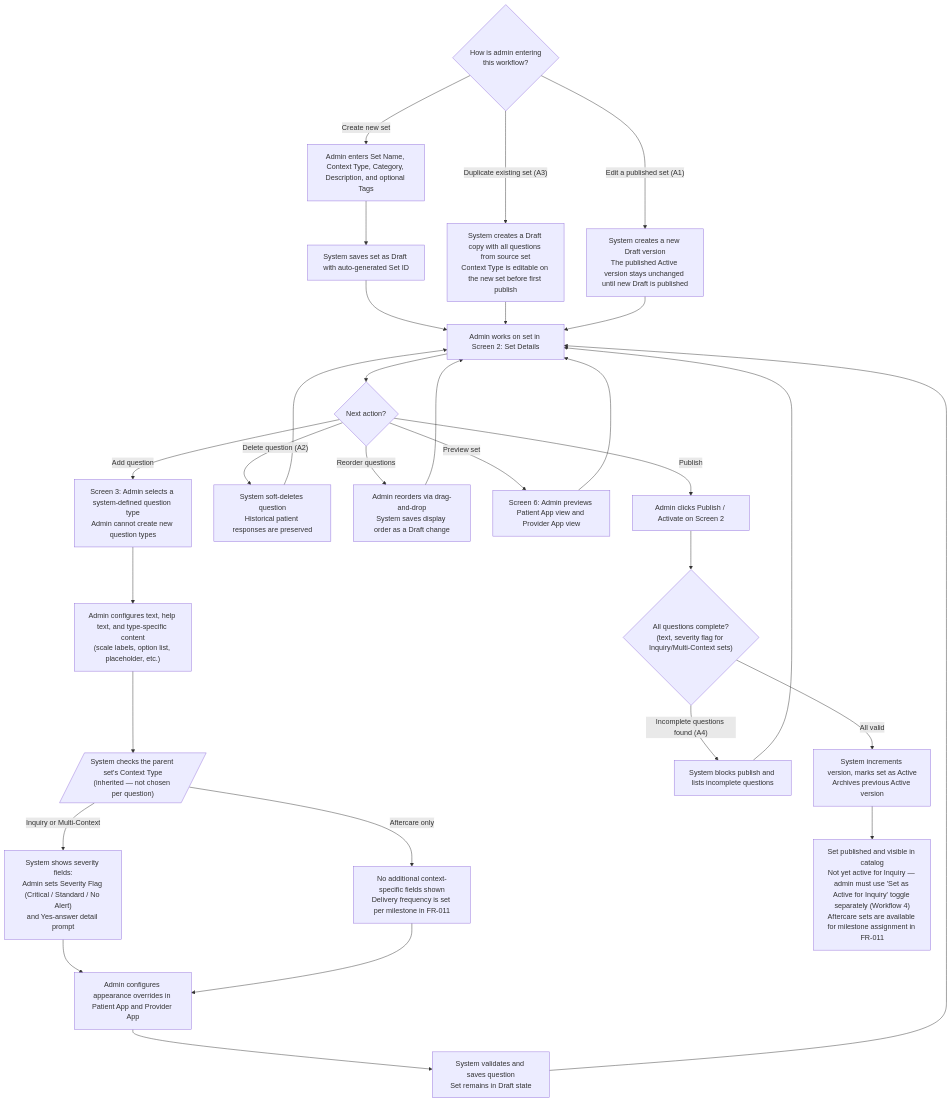
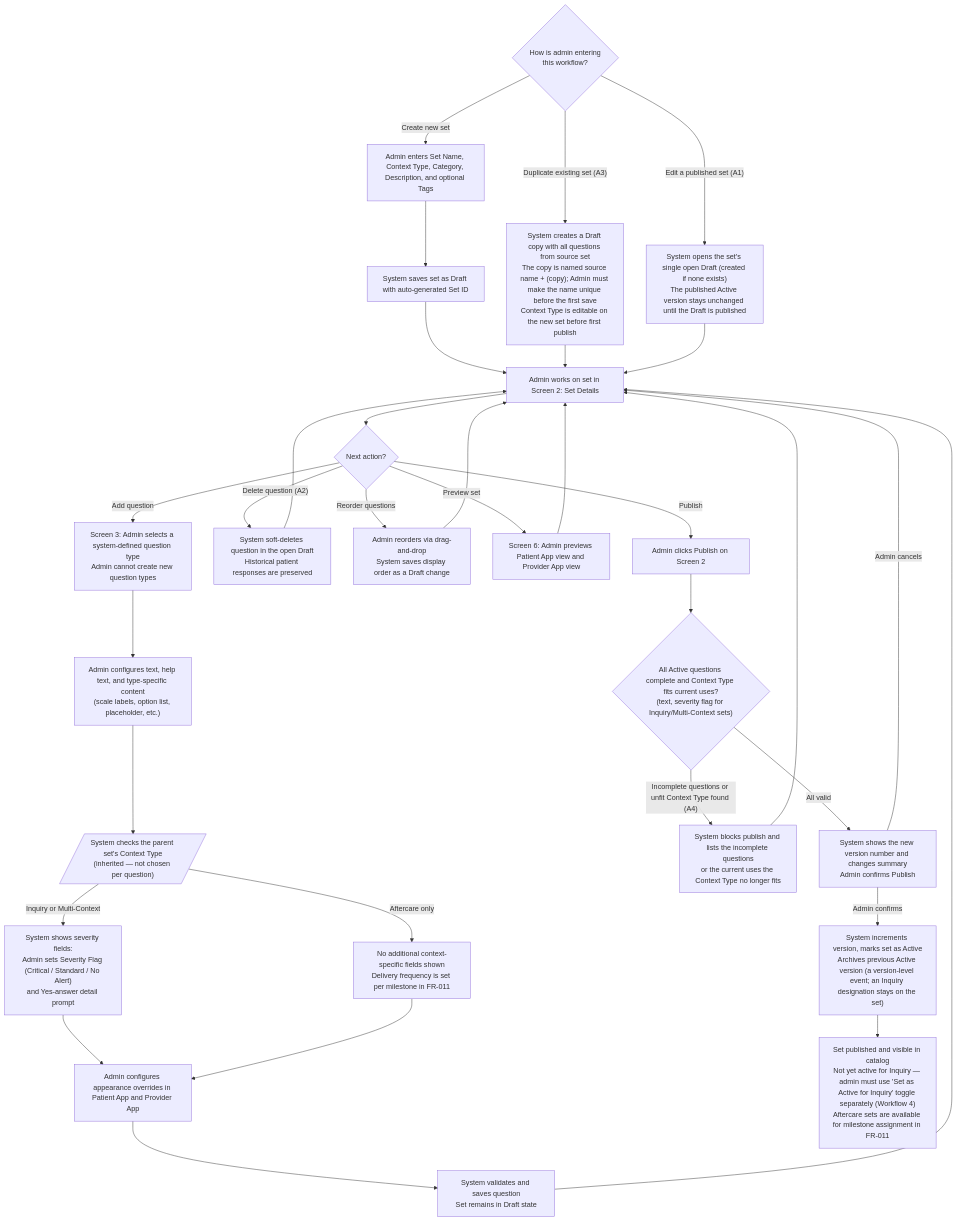
One commit to joachimtrungtuan/hairline-pm-docs changed the first of 4 diagrams in project-requirements/functional-requirements/fr025-medical-questionnaire-management/prd.md. Above: the diagram before and after it, drawn with Mermaid. The commit also changed other lines of this file and 5 other files, not shown here.

Commit message:
docs(fr025): apply logic review pass 1 fixes to PRD and graph

````diff
--- a/project-requirements/functional-requirements/fr025-medical-questionnaire-management/prd.md
+++ b/project-requirements/functional-requirements/fr025-medical-questionnaire-management/prd.md
@@ -59,43 +59,45 @@
 ```mermaid
 flowchart TD
     ENTRY{"How is admin entering\nthis workflow?"}
 
     ENTRY -->|"Create new set"| CN["Admin enters Set Name, Context Type, Category, Description, and optional Tags"]
-    ENTRY -->|"Duplicate existing set (A3)"| DUP["System creates a Draft copy with all questions from source set\nContext Type is editable on the new set before first publish"]
-    ENTRY -->|"Edit a published set (A1)"| EDT["System creates a new Draft version\nThe published Active version stays unchanged until new Draft is published"]
+    ENTRY -->|"Duplicate existing set (A3)"| DUP["System creates a Draft copy with all questions from source set\nThe copy is named source name + (copy); Admin must make the name unique before the first save\nContext Type is editable on the new set before first publish"]
+    ENTRY -->|"Edit a published set (A1)"| EDT["System opens the set's single open Draft (created if none exists)\nThe published Active version stays unchanged until the Draft is published"]
 
     CN --> DRAFT["System saves set as Draft with auto-generated Set ID"]
     DRAFT --> LOOP
     DUP --> LOOP
     EDT --> LOOP
 
     LOOP["Admin works on set in Screen 2: Set Details"]
     LOOP --> ACT{"Next action?"}
 
     ACT -->|"Add question"| QT["Screen 3: Admin selects a system-defined question type\nAdmin cannot create new question types"]
-    ACT -->|"Delete question (A2)"| DEL["System soft-deletes question\nHistorical patient responses are preserved"]
+    ACT -->|"Delete question (A2)"| DEL["System soft-deletes question in the open Draft\nHistorical patient responses are preserved"]
     ACT -->|"Reorder questions"| ORG["Admin reorders via drag-and-drop\nSystem saves display order as a Draft change"]
     ACT -->|"Preview set"| PRV["Screen 6: Admin previews Patient App view and Provider App view"]
-    ACT -->|"Publish"| PUB["Admin clicks Publish / Activate on Screen 2"]
+    ACT -->|"Publish"| PUB["Admin clicks Publish on Screen 2"]
 
     DEL --> LOOP
     ORG --> LOOP
     PRV --> LOOP
 
     QT --> QC["Admin configures text, help text, and type-specific content\n(scale labels, option list, placeholder, etc.)"]
     QC --> CTX[/"System checks the parent set's Context Type\n(inherited — not chosen per question)"/]
 
     CTX -->|"Inquiry or Multi-Context"| SEV["System shows severity fields:\nAdmin sets Severity Flag (Critical / Standard / No Alert)\nand Yes-answer detail prompt"]
     CTX -->|"Aftercare only"| AFT["No additional context-specific fields shown\nDelivery frequency is set per milestone in FR-011"]
 
     SEV --> APP["Admin configures appearance overrides in Patient App and Provider App"]
     AFT --> APP
     APP --> QSAVE["System validates and saves question\nSet remains in Draft state"]
     QSAVE --> LOOP
 
-    PUB --> VAL{"All questions complete?\n(text, severity flag for Inquiry/Multi-Context sets)"}
-    VAL -->|"Incomplete questions found (A4)"| VFAIL["System blocks publish and lists incomplete questions"]
+    PUB --> VAL{"All Active questions complete and Context Type fits current uses?\n(text, severity flag for Inquiry/Multi-Context sets)"}
+    VAL -->|"Incomplete questions or unfit Context Type found (A4)"| VFAIL["System blocks publish and lists the incomplete questions\nor the current uses the Context Type no longer fits"]
     VFAIL --> LOOP
-    VAL -->|"All valid"| VPASS["System increments version, marks set as Active\nArchives previous Active version"]
+    VAL -->|"All valid"| CONF["System shows the new version number and changes summary\nAdmin confirms Publish"]
+    CONF -->|"Admin cancels"| LOOP
+    CONF -->|"Admin confirms"| VPASS["System increments version, marks set as Active\nArchives previous Active version (a version-level event; an Inquiry designation stays on the set)"]
     VPASS --> AVAIL["Set published and visible in catalog\nNot yet active for Inquiry — admin must use 'Set as Active for Inquiry' toggle separately (Workflow 4)\nAftercare sets are available for milestone assignment in FR-011"]
 ```
````
